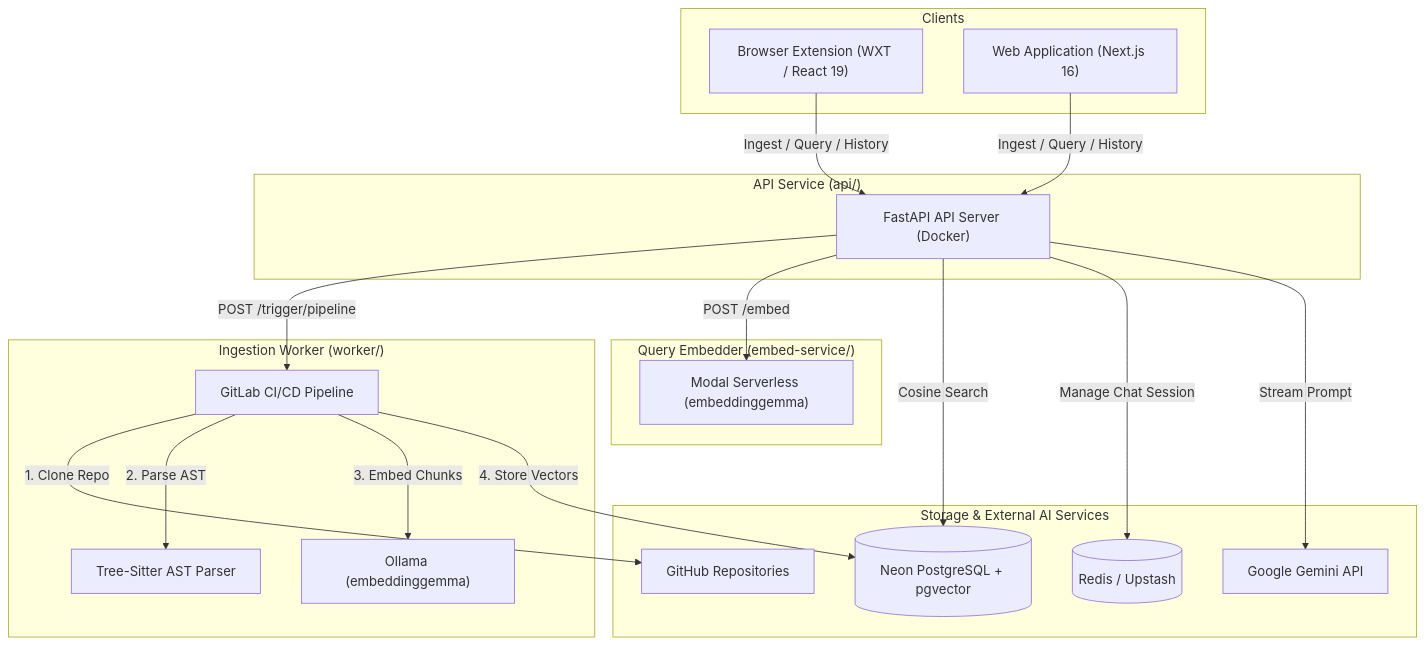
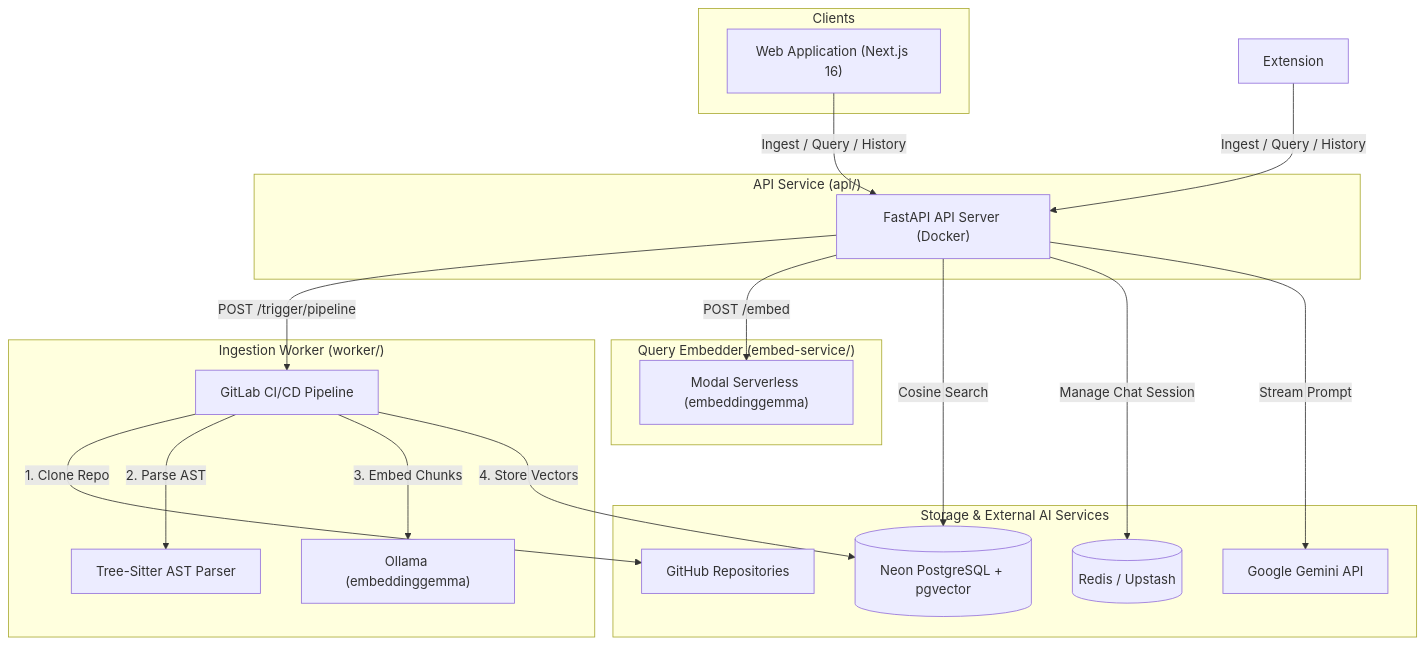
Before and after one commit to ayussh-2/AskRepo: the diagram in README.md, drawn with Mermaid. The commit also changed other lines of this file and 94 other files, not shown here.

````diff
--- a/README.md
+++ b/README.md
@@ -40,42 +37,42 @@
 ```mermaid
 graph TD
     subgraph Clients ["Clients"]
-        Extension["Browser Extension (WXT / React 19)"]
         Web["Web Application (Next.js 16)"]
     end
+
 
     subgraph Backend ["API Service (api/)"]
         API["FastAPI API Server (Docker)"]
     end
 
     subgraph Ingestion ["Ingestion Worker (worker/)"]
         GitLabRunner["GitLab CI/CD Pipeline"]
         TreeSitter["Tree-Sitter AST Parser"]
         WorkerOllama["Ollama (embeddinggemma)"]
     end
 
     subgraph EmbedService ["Query Embedder (embed-service/)"]
         ModalEndpoint["Modal Serverless (embeddinggemma)"]
     end
 
     subgraph Storage ["Storage & External AI Services"]
         Postgres[("Neon PostgreSQL + pgvector")]
         Redis[("Redis / Upstash")]
         Gemini["Google Gemini API"]
         GitRepo["GitHub Repositories"]
     end
 
     Extension -->|Ingest / Query / History| API
     Web -->|Ingest / Query / History| API
 
     API -->|POST /trigger/pipeline| GitLabRunner
     GitLabRunner -->|1. Clone Repo| GitRepo
     GitLabRunner -->|2. Parse AST| TreeSitter
     GitLabRunner -->|3. Embed Chunks| WorkerOllama
     GitLabRunner -->|4. Store Vectors| Postgres
 
     API -->|POST /embed| ModalEndpoint
     API -->|Cosine Search| Postgres
     API -->|Manage Chat Session| Redis
     API -->|Stream Prompt| Gemini
 ```
````
